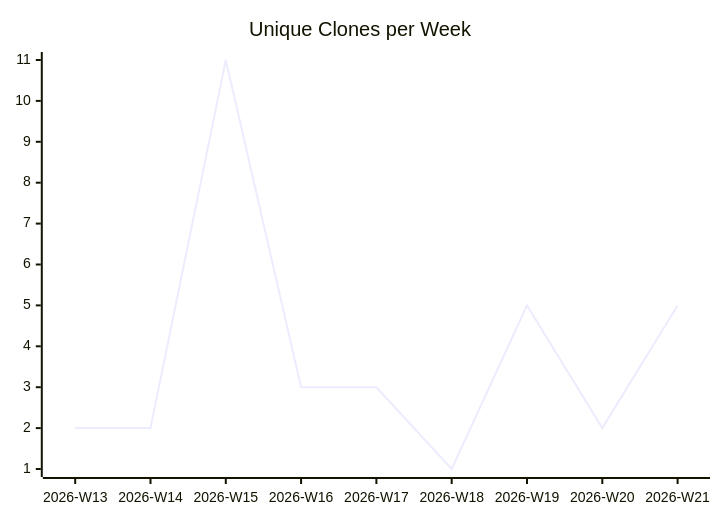
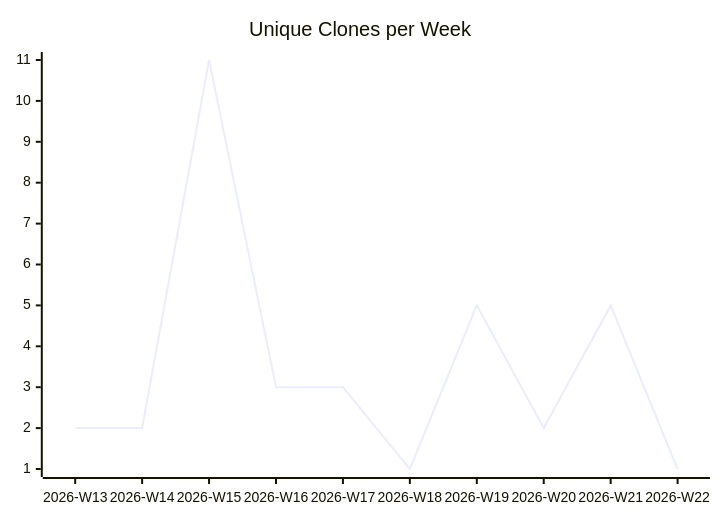
One commit to justdavis-family/github-analytics-data changed the third of 3 diagrams in karlmdavis/jessentials/README.md. Above: the diagram before and after it, drawn with Mermaid. The commit also changed other lines of this file and 190 other files, not shown here.

````diff
--- a/karlmdavis/jessentials/README.md
+++ b/karlmdavis/jessentials/README.md
@@ -19,6 +19,6 @@
 ```mermaid
 xychart-beta
   title "Unique Clones per Week"
-  x-axis ["2026-W13", "2026-W14", "2026-W15", "2026-W16", "2026-W17", "2026-W18", "2026-W19", "2026-W20", "2026-W21"]
-  line [2, 2, 11, 3, 3, 1, 5, 2, 5]
+  x-axis ["2026-W13", "2026-W14", "2026-W15", "2026-W16", "2026-W17", "2026-W18", "2026-W19", "2026-W20", "2026-W21", "2026-W22"]
+  line [2, 2, 11, 3, 3, 1, 5, 2, 5, 1]
 ```
````
